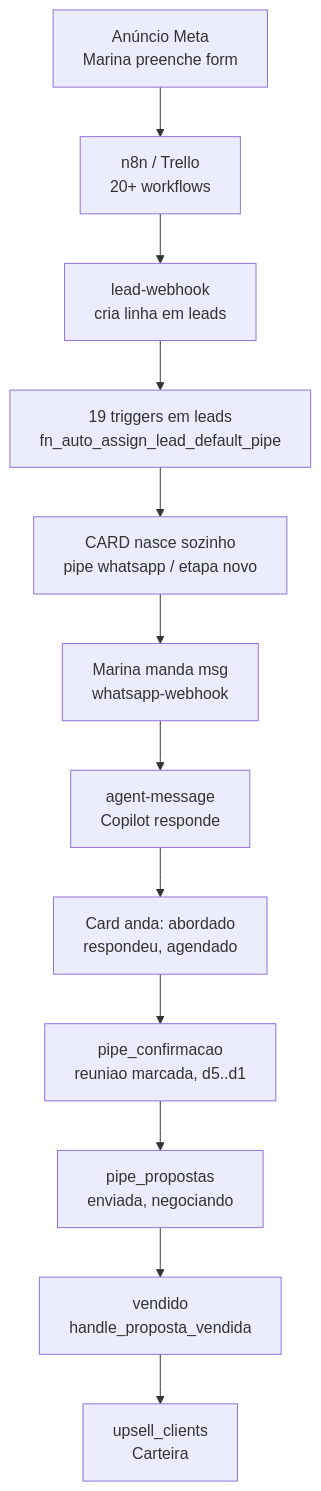
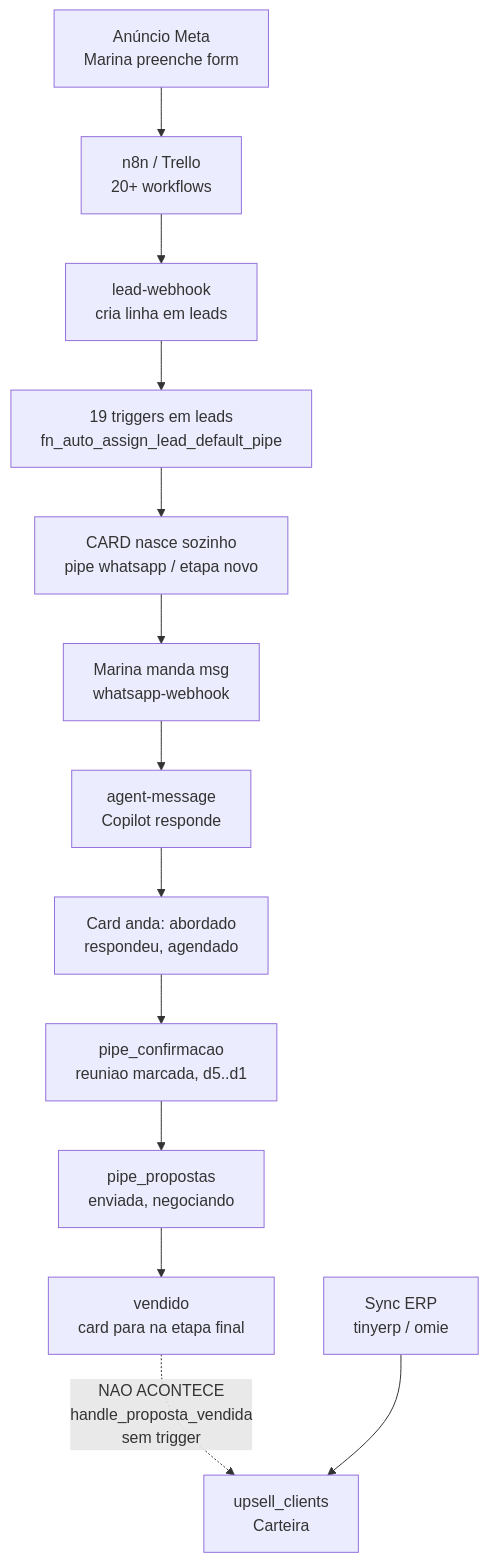
One commit to fabiomilennials1234-a11y/v8milennialsb2bv2 changed the first of 2 diagrams in Obsidian/Segundo Cerebro/Claude Code — Torque CRM/08 — Backlog/em-progresso/lead-negocio-separacao-fluxo-e2e.md. Above: the diagram before and after it, drawn with Mermaid. The commit also changed other lines of this file and 9 other files, not shown here.

````diff
--- a/Obsidian/Segundo Cerebro/Claude Code — Torque CRM/08 — Backlog/em-progresso/lead-negocio-separacao-fluxo-e2e.md
+++ b/Obsidian/Segundo Cerebro/Claude Code — Torque CRM/08 — Backlog/em-progresso/lead-negocio-separacao-fluxo-e2e.md
@@ -55,14 +55,15 @@
 ```mermaid
 flowchart TD
     A["Anúncio Meta<br/>Marina preenche form"] --> B["n8n / Trello<br/>20+ workflows"]
     B --> C["lead-webhook<br/>cria linha em leads"]
     C --> D["19 triggers em leads<br/>fn_auto_assign_lead_default_pipe"]
     D --> E["CARD nasce sozinho<br/>pipe whatsapp / etapa novo"]
     E --> F["Marina manda msg<br/>whatsapp-webhook"]
     F --> G["agent-message<br/>Copilot responde"]
     G --> H["Card anda: abordado<br/>respondeu, agendado"]
     H --> I["pipe_confirmacao<br/>reuniao marcada, d5..d1"]
     I --> J["pipe_propostas<br/>enviada, negociando"]
-    J --> K["vendido<br/>handle_proposta_vendida"]
-    K --> L["upsell_clients<br/>Carteira"]
+    J --> K["vendido<br/>card para na etapa final"]
+    K -.->|"NAO ACONTECE<br/>handle_proposta_vendida<br/>sem trigger"| L["upsell_clients<br/>Carteira"]
+    M["Sync ERP<br/>tinyerp / omie"] --> L
 ```
````
